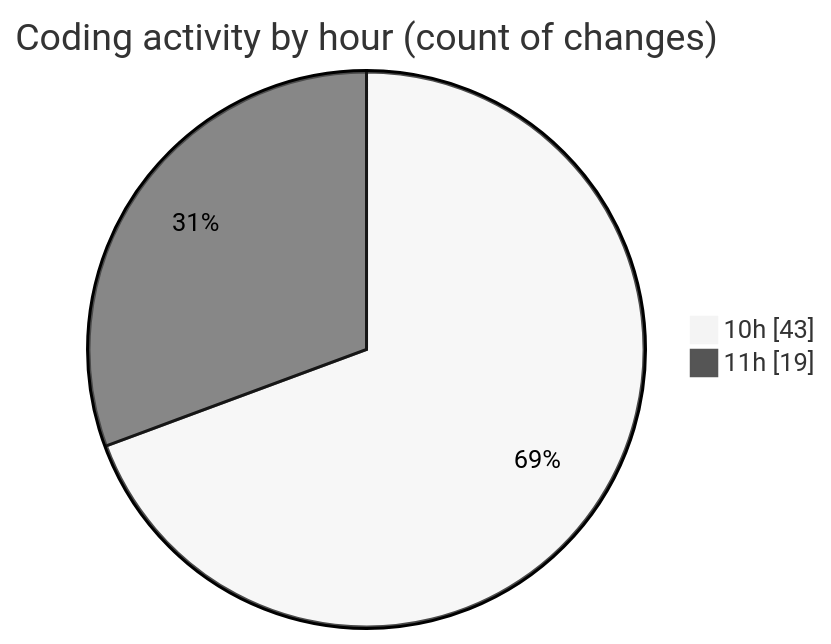
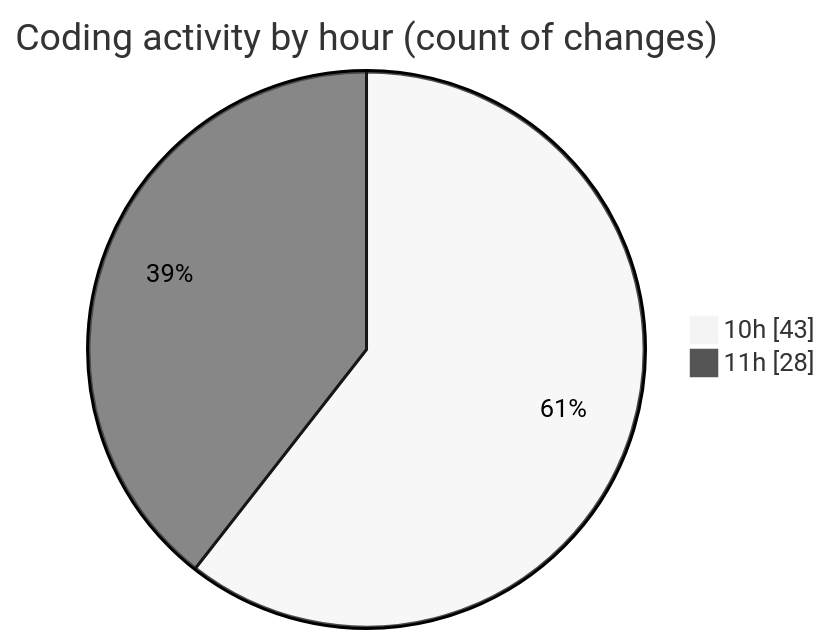
One commit to momahboobian/code-tracking changed the second of 2 diagrams in 2025-02-10/cda/README.md. Above: the diagram before and after it, drawn with Mermaid (neutral theme). The commit also changed other lines of this file and 1 other file, not shown here.

````diff
--- a/2025-02-10/cda/README.md
+++ b/2025-02-10/cda/README.md
@@ -34,6 +35,6 @@
 ```mermaid
 pie showData
 title Coding activity by hour (count of changes)
 "10h" : 43
-"11h" : 19
+"11h" : 28
 ```
````
